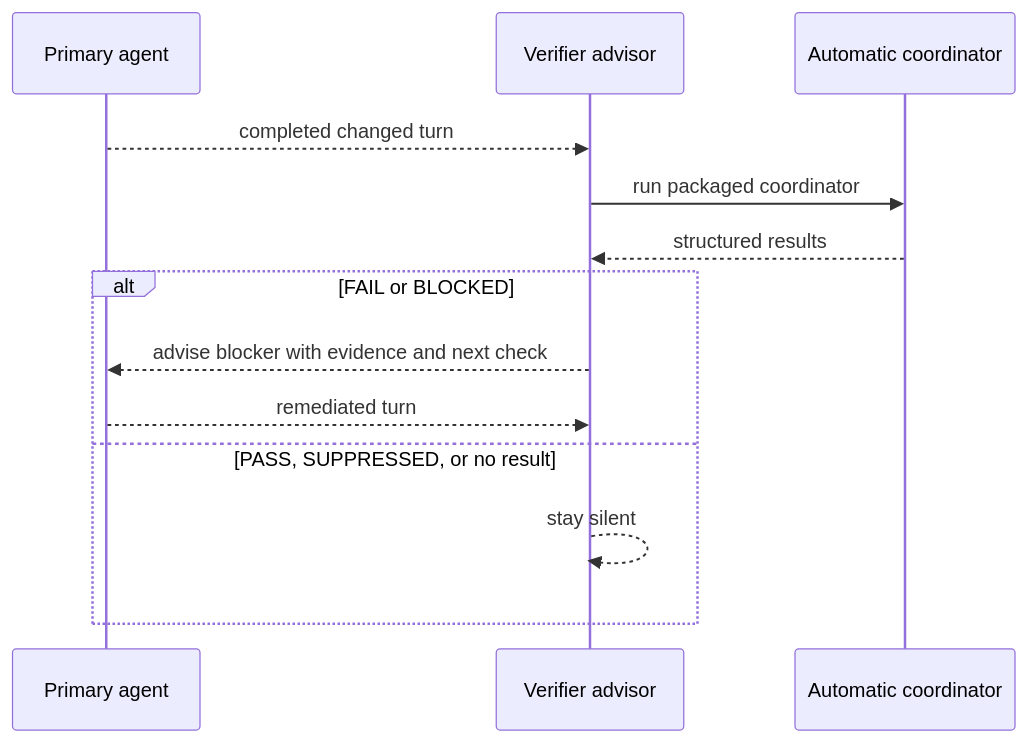
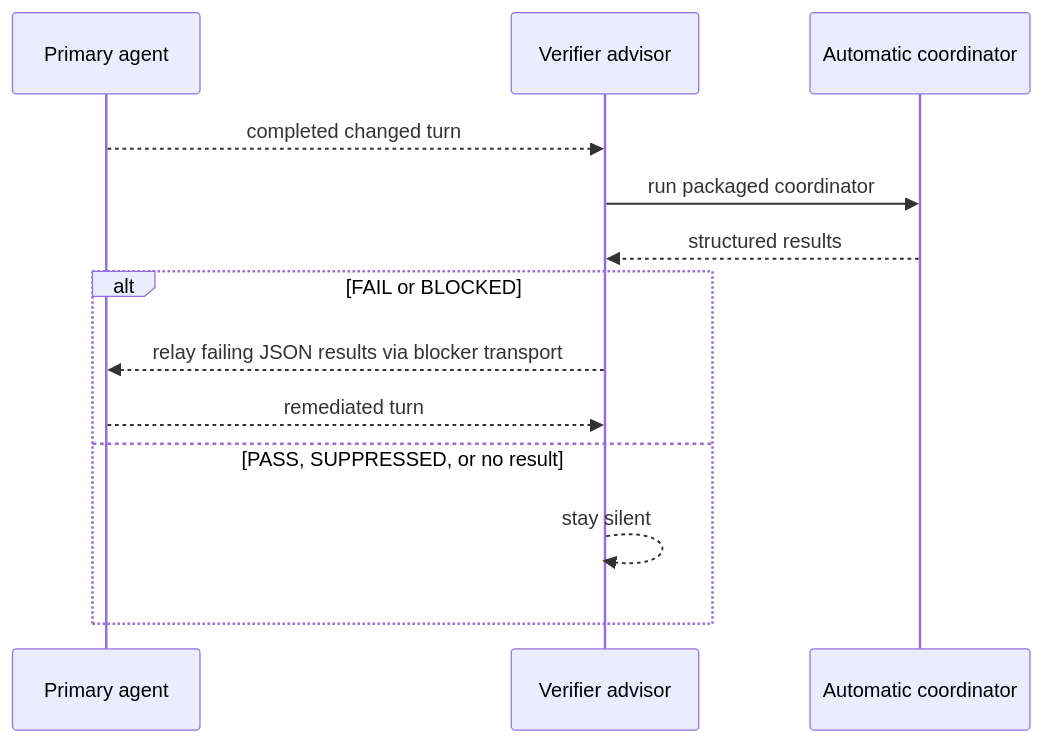
Before and after one commit to klondikemarlen/omp-verifier: the diagram in docs/references/verifier-concepts-reference.md, drawn with Mermaid. The commit also changed other lines of this file and 3 other files, not shown here.

````diff
--- a/docs/references/verifier-concepts-reference.md
+++ b/docs/references/verifier-concepts-reference.md
@@ -7,16 +7,16 @@
 ```mermaid
 sequenceDiagram
   participant Main as Primary agent
   participant Verifier as Verifier advisor
   participant CLI as Automatic coordinator
 
   Main-->>Verifier: completed changed turn
   Verifier->>CLI: run packaged coordinator
   CLI-->>Verifier: structured results
   alt FAIL or BLOCKED
-    Verifier-->>Main: advise blocker with evidence and next check
+    Verifier-->>Main: relay failing JSON results via blocker transport
     Main-->>Verifier: remediated turn
   else PASS, SUPPRESSED, or no result
     Verifier-->>Verifier: stay silent
   end
 ```
````
